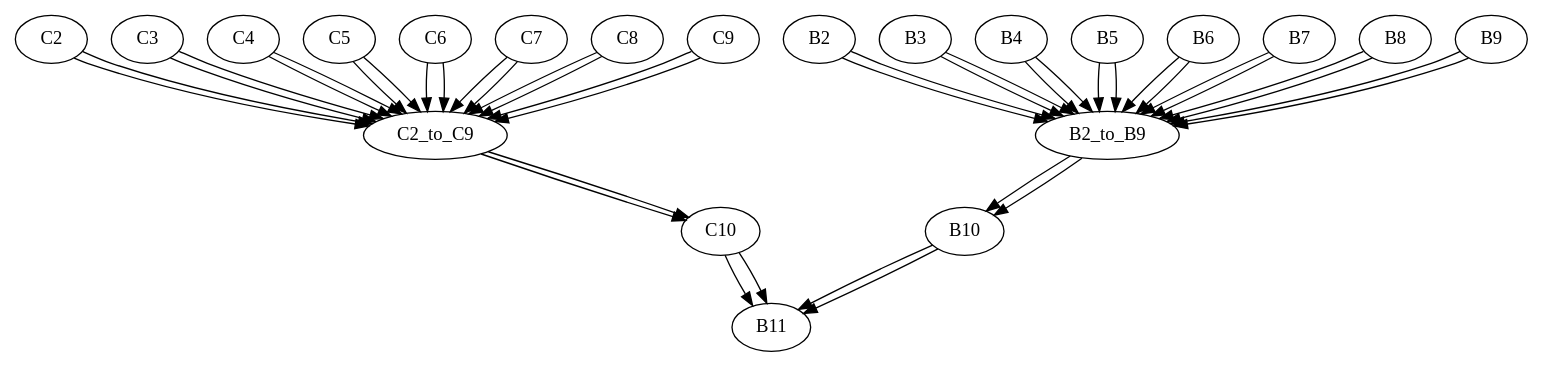
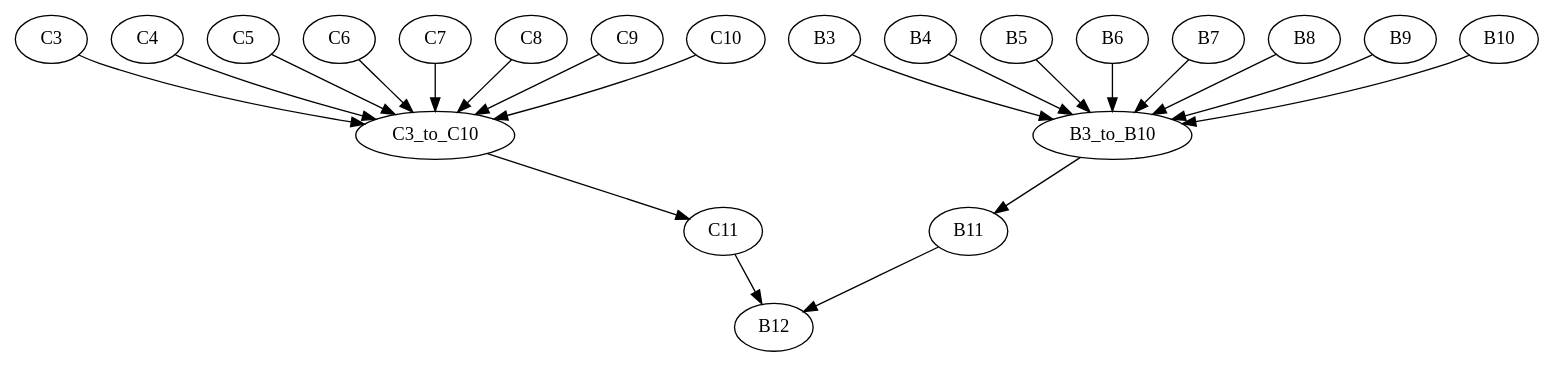
The diagram in PLDI-2012/ex1.gv (plasma-umass/DataDebug), drawn with Graphviz before and after one commit. The commit also changed 3 other files, not shown here.

```diff
--- a/PLDI-2012/ex1.gv
+++ b/PLDI-2012/ex1.gv
@@ -1,83 +1,63 @@
 digraph g{
-B2[shape = ellipse]
-B2->B2_to_B9
-
-C2[shape = ellipse]
-C2->C2_to_C9
-
 B3[shape = ellipse]
-B3->B2_to_B9
 
 C3[shape = ellipse]
-C3->C2_to_C9
 
 B4[shape = ellipse]
-B4->B2_to_B9
 
 C4[shape = ellipse]
-C4->C2_to_C9
 
 B5[shape = ellipse]
-B5->B2_to_B9
 
 C5[shape = ellipse]
-C5->C2_to_C9
 
 B6[shape = ellipse]
-B6->B2_to_B9
 
 C6[shape = ellipse]
-C6->C2_to_C9
 
 B7[shape = ellipse]
-B7->B2_to_B9
 
 C7[shape = ellipse]
-C7->C2_to_C9
 
 B8[shape = ellipse]
-B8->B2_to_B9
 
 C8[shape = ellipse]
-C8->C2_to_C9
 
 B9[shape = ellipse]
-B9->B2_to_B9
 
 C9[shape = ellipse]
-C9->C2_to_C9
 
 B10[shape = ellipse]
-B2_to_B9->B10
-B10->B11
 
 C10[shape = ellipse]
-C2_to_C9->C10
-C10->B11
 
 B11[shape = ellipse]
-B10->B11
-C10->B11
+B3_to_B10->B11
 
-C2_to_C9[shape = ellipse]
-C2->C2_to_C9
-C3->C2_to_C9
-C4->C2_to_C9
-C5->C2_to_C9
-C6->C2_to_C9
-C7->C2_to_C9
-C8->C2_to_C9
-C9->C2_to_C9
-C2_to_C9->C10
+C11[shape = ellipse]
+C3_to_C10->C11
 
-B2_to_B9[shape = ellipse]
-B2->B2_to_B9
-B3->B2_to_B9
-B4->B2_to_B9
-B5->B2_to_B9
-B6->B2_to_B9
-B7->B2_to_B9
-B8->B2_to_B9
-B9->B2_to_B9
-B2_to_B9->B10
+B12[shape = ellipse]
+B11->B12
+C11->B12
+
+C3_to_C10[shape = ellipse]
+C3->C3_to_C10
+C4->C3_to_C10
+C5->C3_to_C10
+C6->C3_to_C10
+C7->C3_to_C10
+C8->C3_to_C10
+C9->C3_to_C10
+C10->C3_to_C10
+
+B3_to_B10[shape = ellipse]
+B3->B3_to_B10
+B4->B3_to_B10
+B5->B3_to_B10
+B6->B3_to_B10
+B7->B3_to_B10
+B8->B3_to_B10
+B9->B3_to_B10
+B10->B3_to_B10
 }
```
